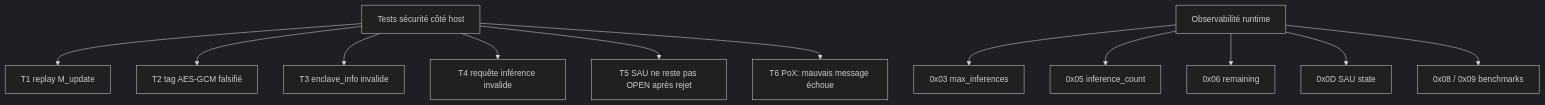
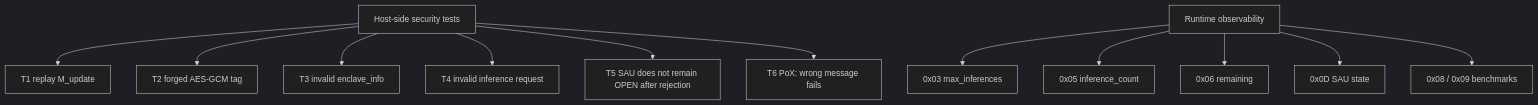
One commit to kiri-style/VeCoDI changed the ninth of 9 diagrams in md/ARCHITECTURE_GLOBALE_DESSINS.md. Above: the diagram before and after it, drawn with Mermaid (dark theme). The commit also changed other lines of this file and 3 other files, not shown here.

Commit message:
docs: clarify enclave info lifecycle and architecture

````diff
--- a/md/ARCHITECTURE_GLOBALE_DESSINS.md
+++ b/md/ARCHITECTURE_GLOBALE_DESSINS.md
@@ -238,15 +270,15 @@
 ```mermaid
 flowchart TD
-    A[Tests sécurité côté host] --> B[T1 replay M_update]
-    A --> C[T2 tag AES-GCM falsifié]
-    A --> D[T3 enclave_info invalide]
-    A --> E[T4 requête inférence invalide]
-    A --> F[T5 SAU ne reste pas OPEN après rejet]
-    A --> G[T6 PoX: mauvais message échoue]
+    A[Host-side security tests] --> B[T1 replay M_update]
+    A --> C[T2 forged AES-GCM tag]
+    A --> D[T3 invalid enclave_info]
+    A --> E[T4 invalid inference request]
+    A --> F[T5 SAU does not remain OPEN after rejection]
+    A --> G[T6 PoX: wrong message fails]
 
-    H[Observabilité runtime] --> I[0x03 max_inferences]
+    H[Runtime observability] --> I[0x03 max_inferences]
     H --> J[0x05 inference_count]
     H --> K[0x06 remaining]
     H --> L[0x0D SAU state]
     H --> M[0x08 / 0x09 benchmarks]
 ```
````
